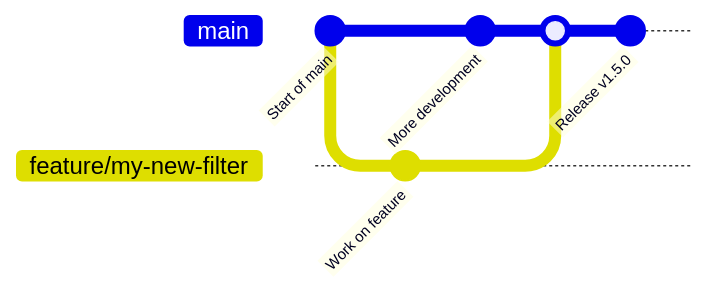
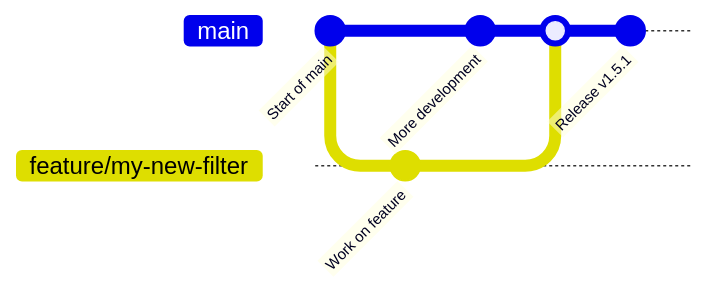
One commit to PlainsightAI/openfilter changed the first of 2 diagrams in CONTRIBUTING.md. Above: the diagram before and after it, drawn with Mermaid. The commit also changed other lines of this file and 7 other files, not shown here.

````diff
--- a/CONTRIBUTING.md
+++ b/CONTRIBUTING.md
@@ -383,11 +383,11 @@
 ```mermaid
 gitGraph
    commit id: "Start of main"
    branch feature/my-new-filter
    commit id: "Work on feature"
    checkout main
    commit id: "More development"
    merge feature/my-new-filter
-   commit id: "Release v1.5.0"
+   commit id: "Release v1.5.1"
 
 ```
````
